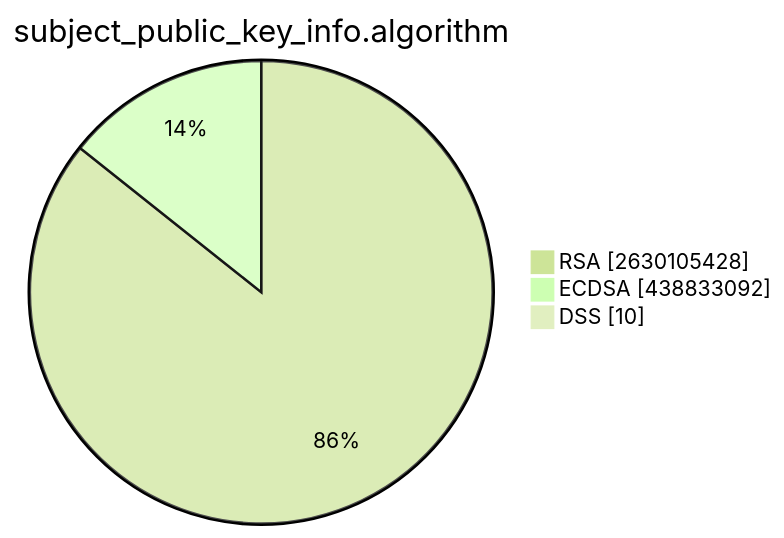
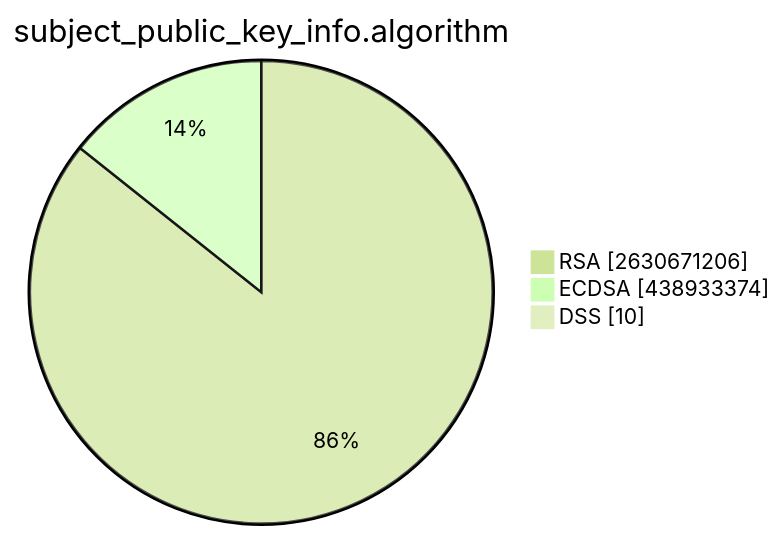
Before and after one commit to christiankrug/ctmonitor_visualization: the second of 15 diagrams in TOTAL/README.md, drawn with Mermaid (forest theme). The commit also changed other lines of this file, not shown here.

````diff
--- a/TOTAL/README.md
+++ b/TOTAL/README.md
@@ -6,7 +6,7 @@
 ```mermaid
 pie showData
 title subject_public_key_info.algorithm
-"RSA" :2630105428
-"ECDSA" :438833092
+"RSA" :2630671206
+"ECDSA" :438933374
 "DSS" :10
 ```
````
